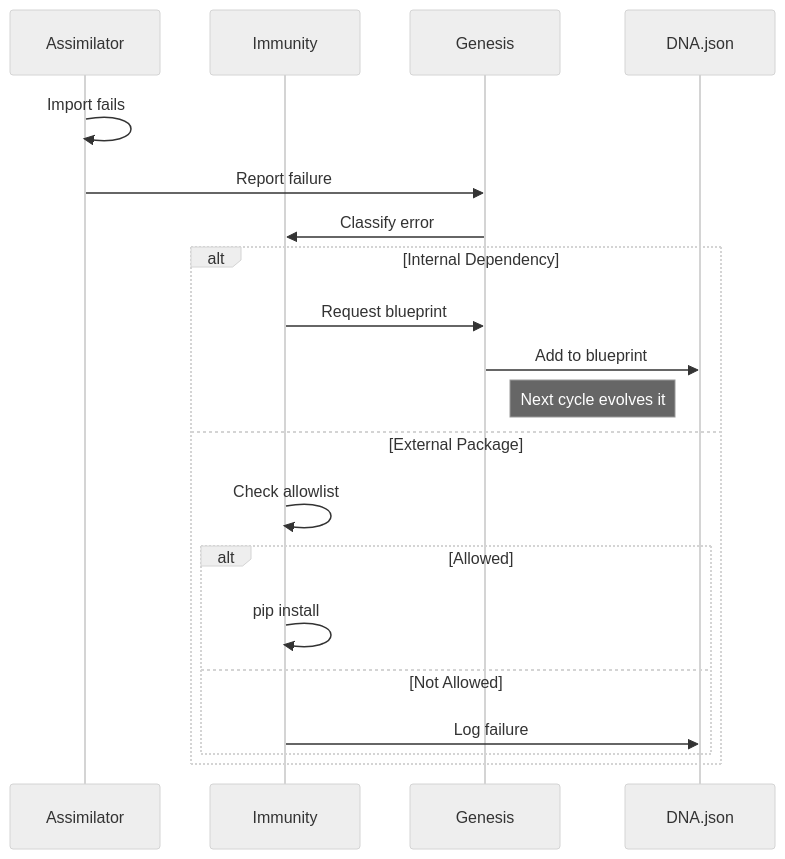
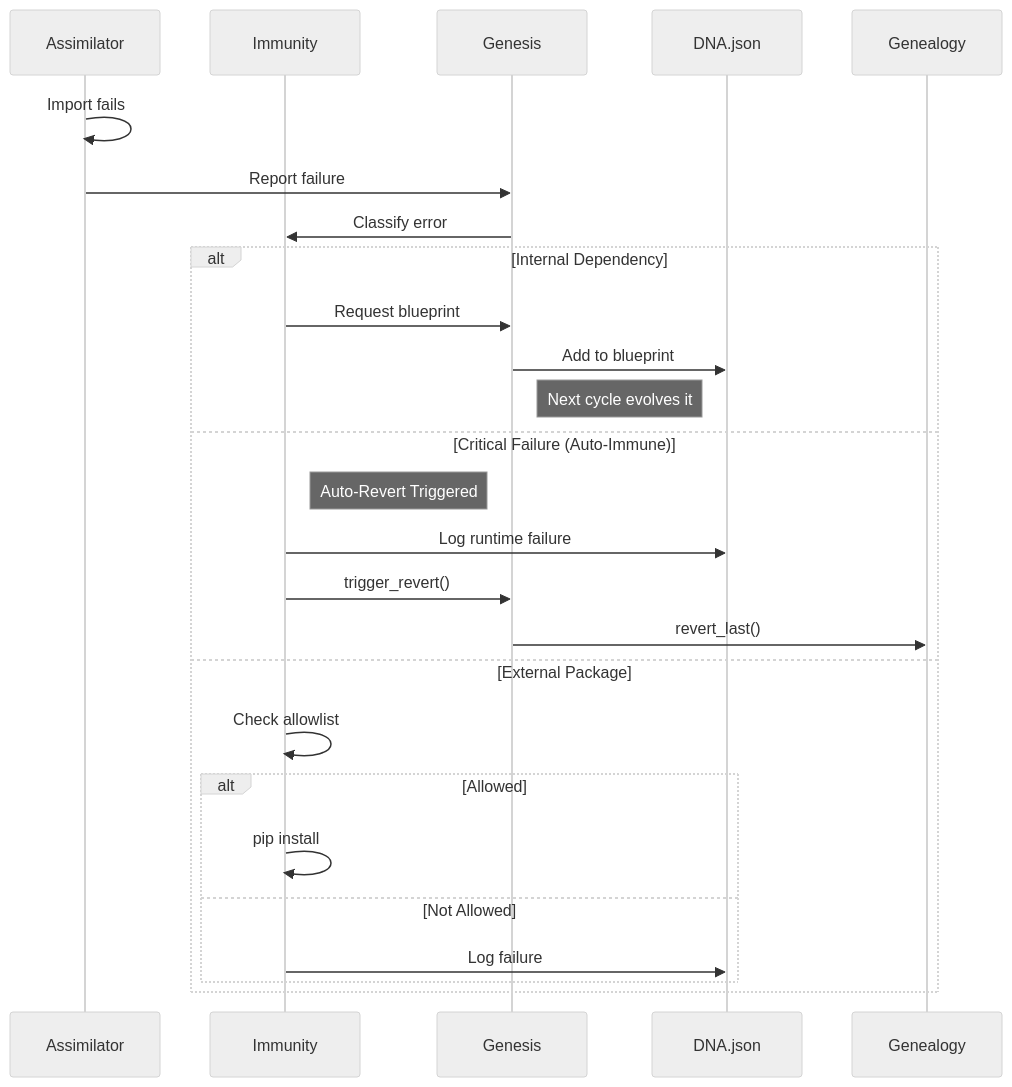
Before and after one commit to nranjan2code/sutraworks-SEAAM: the fourth of 4 diagrams in docs/ARCHITECTURE.md, drawn with Mermaid (neutral theme). The commit also changed other lines of this file and 12 other files, not shown here.

First line of the commit message:
feat: Implement Auto-Immune Response and Evolutionary Memory

````diff
--- a/docs/ARCHITECTURE.md
+++ b/docs/ARCHITECTURE.md
@@ -459,24 +460,29 @@
 ```mermaid
 sequenceDiagram
     participant AS as Assimilator
     participant IM as Immunity
     participant G as Genesis
     participant DNA as DNA.json
 
     AS->>AS: Import fails
     AS->>G: Report failure
     G->>IM: Classify error
     
     alt Internal Dependency
         IM->>G: Request blueprint
         G->>DNA: Add to blueprint
         Note right of G: Next cycle evolves it
+    else Critical Failure (Auto-Immune)
+        Note right of IM: Auto-Revert Triggered
+        IM->>DNA: Log runtime failure
+        IM->>G: trigger_revert()
+        G->>Genealogy: revert_last()
     else External Package
         IM->>IM: Check allowlist
         alt Allowed
             IM->>IM: pip install
         else Not Allowed
             IM->>DNA: Log failure
         end
     end
 ```
````
